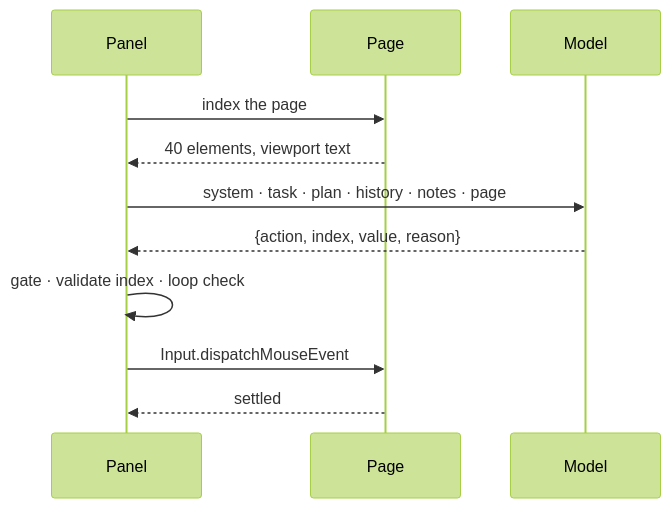
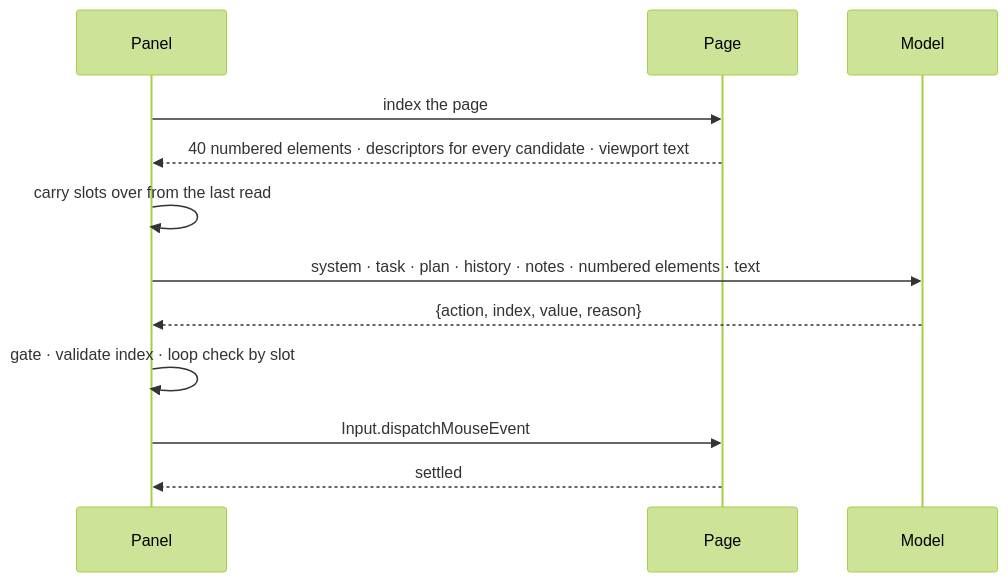
One commit to Rio-awsm/tiny-brow-ai-browser-use-agent changed the second of 3 diagrams in README.md. Above: the diagram before and after it, drawn with Mermaid (forest theme). The commit also changed other lines of this file, not shown here.

Commit message:
feat: update README with numbered elements and descriptors for matcher functionality

````diff
--- a/README.md
+++ b/README.md
@@ -134,14 +136,15 @@
 ```mermaid
 sequenceDiagram
     participant P as Panel
     participant B as Page
     participant M as Model
 
     P->>B: index the page
-    B-->>P: 40 elements, viewport text
-    P->>M: system · task · plan · history · notes · page
+    B-->>P: 40 numbered elements · descriptors for every candidate · viewport text
+    P->>P: carry slots over from the last read
+    P->>M: system · task · plan · history · notes · numbered elements · text
     M-->>P: {action, index, value, reason}
-    P->>P: gate · validate index · loop check
+    P->>P: gate · validate index · loop check by slot
     P->>B: Input.dispatchMouseEvent
     B-->>P: settled
 ```
````
